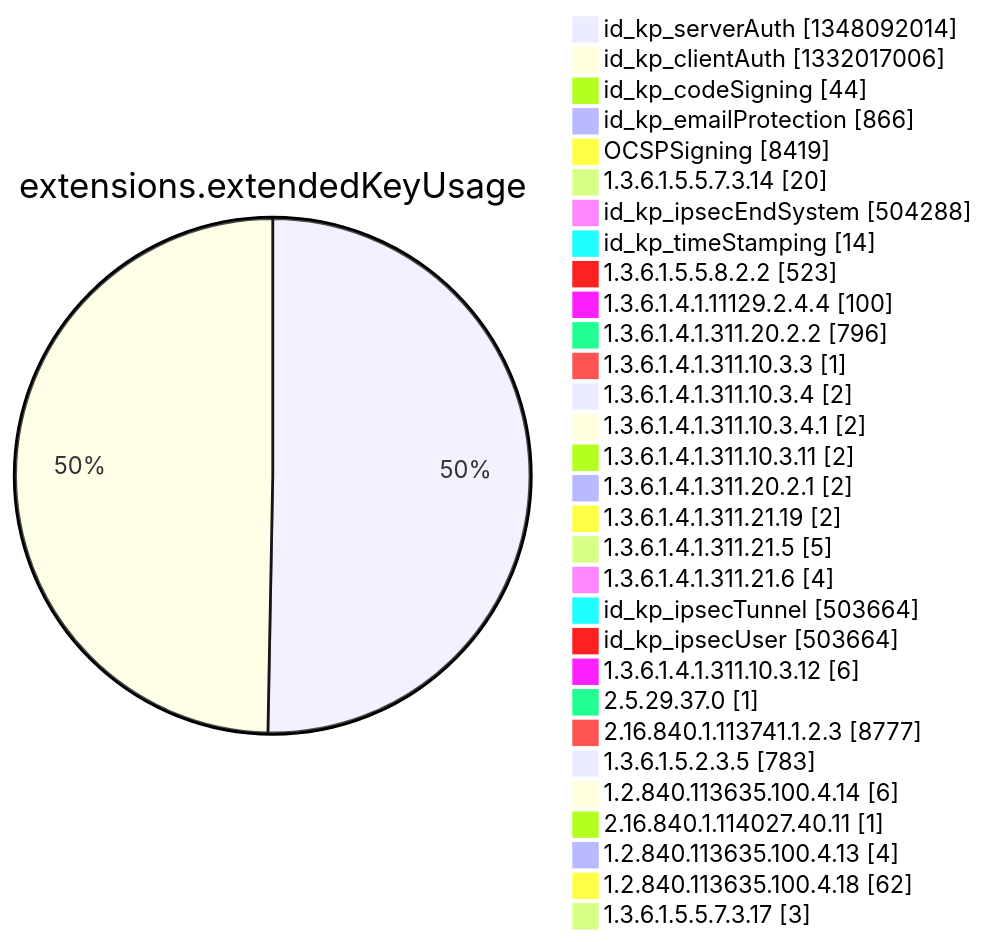
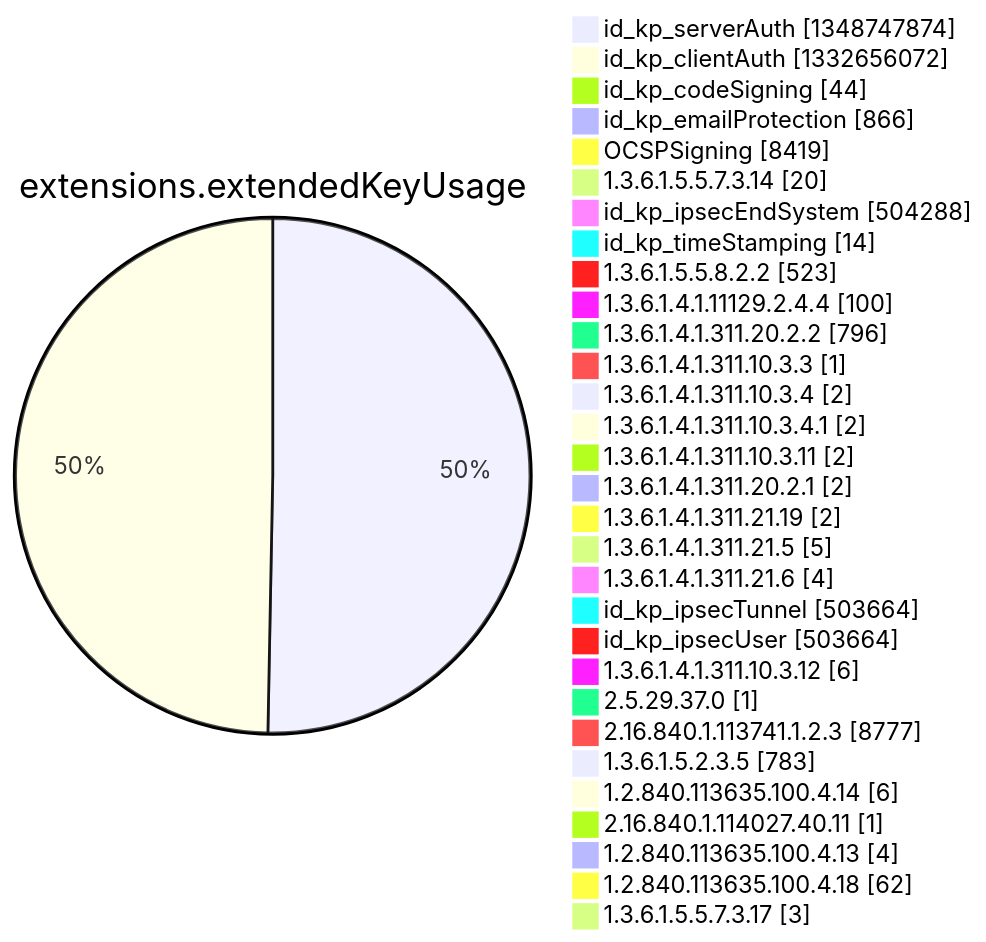
Before and after one commit to christiankrug/ctmonitor_visualization: diagram 12 of 15 in argon2022/README.md, drawn with Mermaid. The commit also changed other lines of this file, not shown here.

````diff
--- a/argon2022/README.md
+++ b/argon2022/README.md
@@ -3553,34 +3553,34 @@
 ```mermaid
 pie showData
 title extensions.extendedKeyUsage
-"id_kp_serverAuth" :1348092014
-"id_kp_clientAuth" :1332017006
+"id_kp_serverAuth" :1348747874
+"id_kp_clientAuth" :1332656072
 "id_kp_codeSigning" :44
 "id_kp_emailProtection" :866
 "OCSPSigning" :8419
 "1.3.6.1.5.5.7.3.14" :20
 "id_kp_ipsecEndSystem" :504288
 "id_kp_timeStamping" :14
 "1.3.6.1.5.5.8.2.2" :523
 "1.3.6.1.4.1.11129.2.4.4" :100
 "1.3.6.1.4.1.311.20.2.2" :796
 "1.3.6.1.4.1.311.10.3.3" :1
 "1.3.6.1.4.1.311.10.3.4" :2
 "1.3.6.1.4.1.311.10.3.4.1" :2
 "1.3.6.1.4.1.311.10.3.11" :2
 "1.3.6.1.4.1.311.20.2.1" :2
 "1.3.6.1.4.1.311.21.19" :2
 "1.3.6.1.4.1.311.21.5" :5
 "1.3.6.1.4.1.311.21.6" :4
 "id_kp_ipsecTunnel" :503664
 "id_kp_ipsecUser" :503664
 "1.3.6.1.4.1.311.10.3.12" :6
 "2.5.29.37.0" :1
 "2.16.840.1.113741.1.2.3" :8777
 "1.3.6.1.5.2.3.5" :783
 "1.2.840.113635.100.4.14" :6
 "2.16.840.1.114027.40.11" :1
 "1.2.840.113635.100.4.13" :4
 "1.2.840.113635.100.4.18" :62
 "1.3.6.1.5.5.7.3.17" :3
 ```
````
